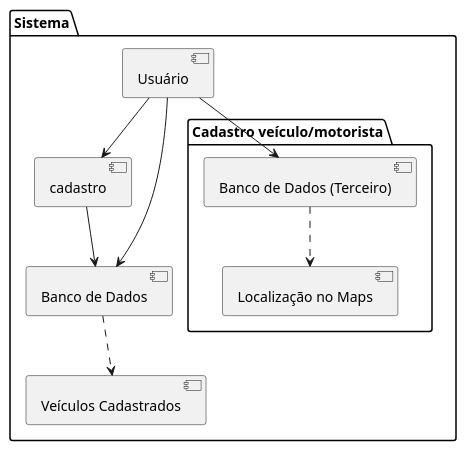
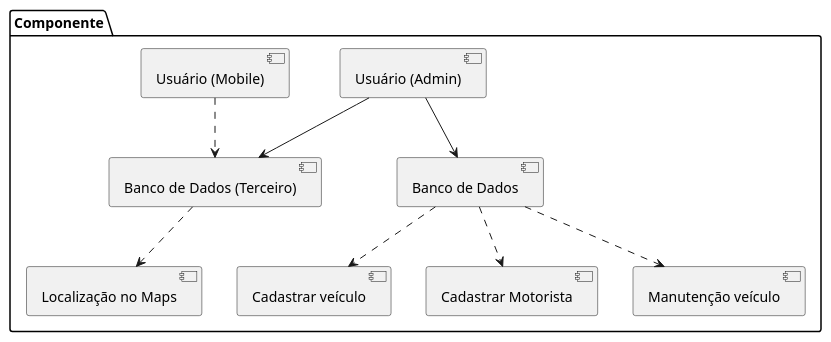
The diagram in scriptsDiagrams/componente.wsd (RafaelRF99/documentacao-devsfreela), drawn with PlantUML before and after one commit. The commit also changed 7 other files, not shown here.

Commit message:
update diagrama

```diff
--- a/scriptsDiagrams/componente.wsd
+++ b/scriptsDiagrams/componente.wsd
@@ -1,22 +1,24 @@
 @startuml
-package "Sistema" {
+package "Componente" {
 
-    [Usuário] as painel
-    [cadastro] as cadastro
-    [Veículos Cadastrados] as veiculosCadastrados
+    [Usuário (Admin)] as painel
+    [Usuário (Mobile)] as usuarioMobile
+    
+    [Cadastrar veículo] as veiculosCadastrados
+    [Cadastrar Motorista] as motoristaCadastro
+    [Manutenção veículo] as manutencao
     [Banco de Dados] as db
 
-    package "Cadastro veículo/motorista" {
-        [Banco de Dados (Terceiro)] as db2
-        [Localização no Maps] as localizacao
+    [Banco de Dados (Terceiro)] as db2
+    [Localização no Maps] as localizacao
     
-        db2 ..> localizacao
-        painel --> db2
-    }
+    db2 ..> localizacao
+    usuarioMobile ..> db2
+    painel --> db2
 
     painel --> db
-    painel --> cadastro
-    cadastro --> db
     db ..> veiculosCadastrados
+    db ..> motoristaCadastro
+    db ..> manutencao
 }
 @enduml
```
